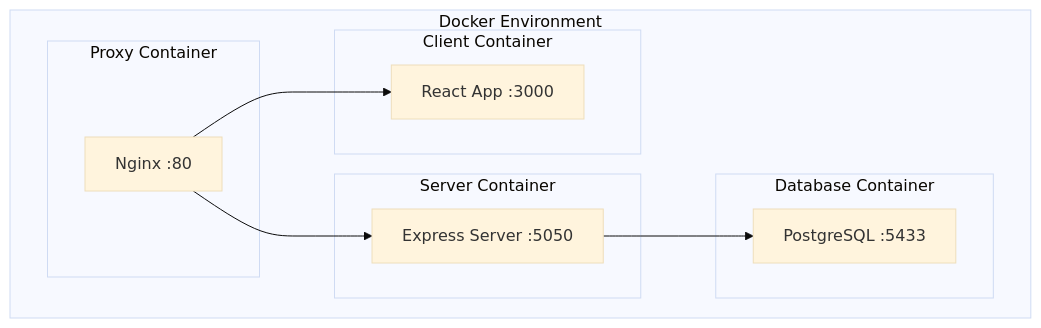
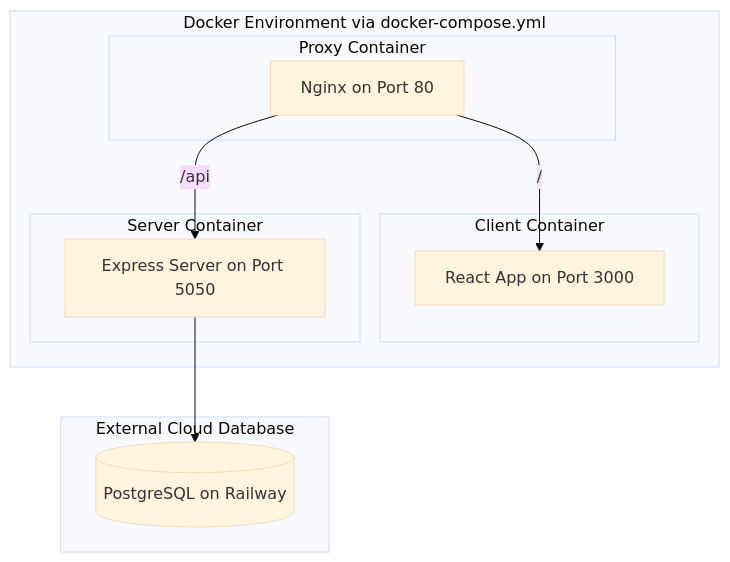
The third of 12 diagrams in doc/diagram.md (phatcharat/Sous_Cook), drawn with Mermaid (base theme) before and after one commit. The commit also changed other lines of this file and 7 other files, not shown here.

````diff
--- a/doc/diagram.md
+++ b/doc/diagram.md
@@ -103,24 +102,24 @@
 ```mermaid
 graph TB
-    subgraph "Docker Environment"
+    subgraph "Docker Environment via docker-compose.yml"
         subgraph "Client Container"
-            RC[React App :3000]
+            RC[React App on Port 3000]
         end
-        
+
         subgraph "Server Container"
-            ES[Express Server :5050]
+            ES[Express Server on Port 5050]
         end
-        
-        subgraph "Database Container"
-            PG[PostgreSQL :5433]
-        end
-        
+
         subgraph "Proxy Container"
-            NX[Nginx :80]
+            NX[Nginx on Port 80]
         end
     end
-    
-    NX --> RC
-    NX --> ES
-    ES --> PG
+
+    subgraph "External Cloud Database"
+      PG_CLOUD[(PostgreSQL on Railway)]
+    end
+
+    NX -- "/api" --> ES
+    NX -- "/" --> RC
+    ES --> PG_CLOUD
 ```
````
